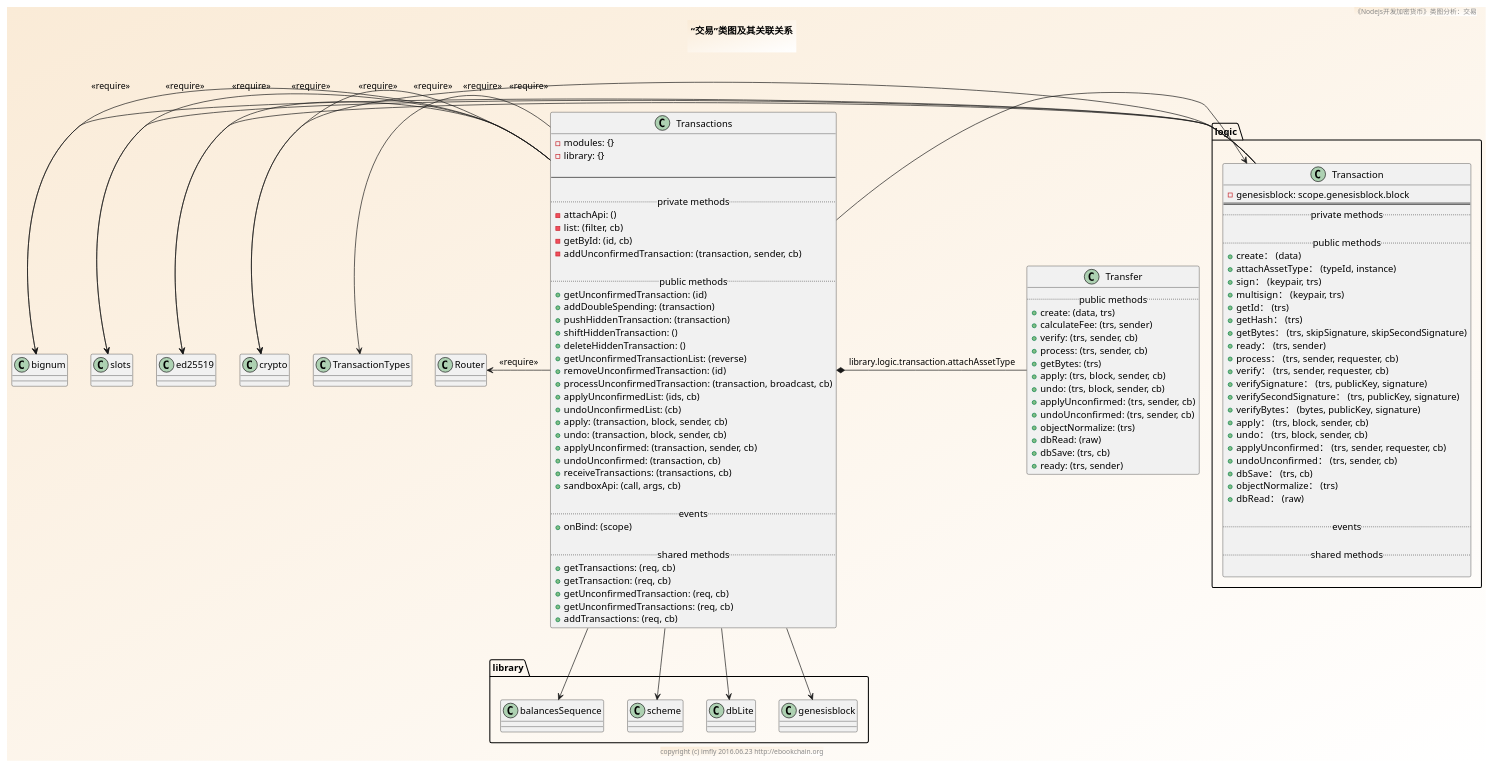
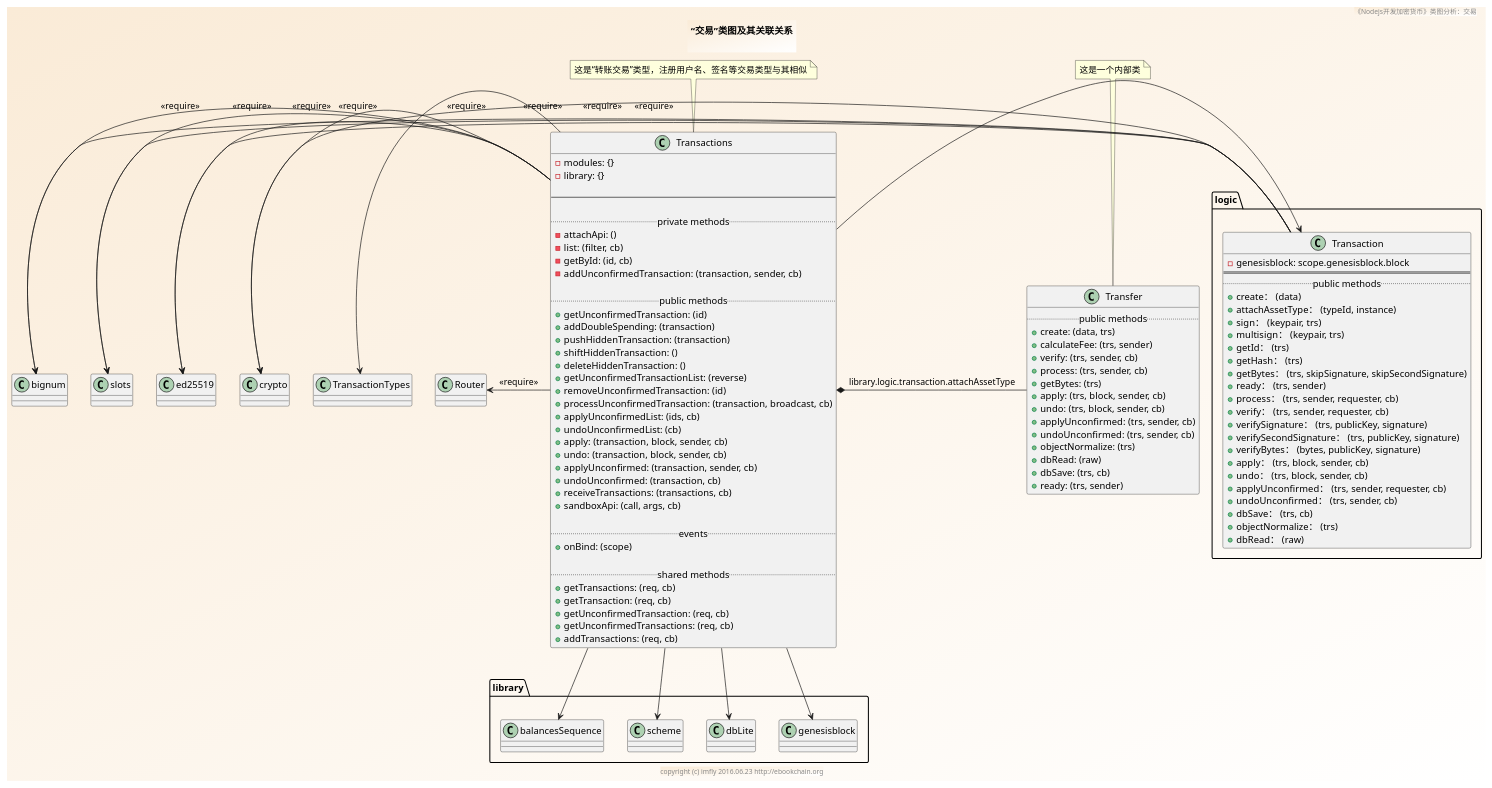
One commit to brightmanforever022/bitcoin-on-nodejs changed the diagram in sources/modules/transactions/transactions-class.pu. Above: the diagram before and after it, drawn with PlantUML. The commit also changed 2 other files, not shown here.

```diff
--- a/sources/modules/transactions/transactions-class.pu
+++ b/sources/modules/transactions/transactions-class.pu
@@ -1,132 +1,125 @@
 @startuml ../../../styles/images/modules/transactions/transactions-class.png
 skinparam BorderColor #blue\9932CC
 skinparam backgroundcolor AntiqueWhite/white
 
 title
 <b>“交易”类图及其关联关系</b>
 
 end title
 footer copyright (c) imfly 2016.06.23 http://ebookchain.org
 header 《Nodejs开发加密货币》类图分析：交易
 
 ' logic/transaction.js
 package logic {
   Class Transaction {
     - genesisblock: scope.genesisblock.block
     ====
-    .. private methods ..
-
     .. public methods ..
     + create： (data)
     + attachAssetType： (typeId, instance)
     + sign： (keypair, trs)
     + multisign： (keypair, trs)
     + getId： (trs)
     + getHash： (trs)
     + getBytes： (trs, skipSignature, skipSecondSignature)
     + ready： (trs, sender)
     + process： (trs, sender, requester, cb)
     + verify： (trs, sender, requester, cb)
     + verifySignature： (trs, publicKey, signature)
     + verifySecondSignature： (trs, publicKey, signature)
     + verifyBytes： (bytes, publicKey, signature)
     + apply： (trs, block, sender, cb)
     + undo： (trs, block, sender, cb)
     + applyUnconfirmed： (trs, sender, requester, cb)
     + undoUnconfirmed： (trs, sender, cb)
     + dbSave： (trs, cb)
     + objectNormalize： (trs)
     + dbRead： (raw)
-
-    .. events ..
-
-    .. shared methods..
-
   }
-
-  ' relationship
-
 }
 
 ' modules/transactions.js
 Class Transactions {
   - modules: {}
   - library: {}
 
   --
 
   .. private methods ..
   -attachApi: ()
   - list: (filter, cb)
   - getById: (id, cb)
   - addUnconfirmedTransaction: (transaction, sender, cb)
 
   .. public methods ..
   + getUnconfirmedTransaction: (id)
   + addDoubleSpending: (transaction)
   + pushHiddenTransaction: (transaction)
   + shiftHiddenTransaction: ()
   + deleteHiddenTransaction: ()
   + getUnconfirmedTransactionList: (reverse)
   + removeUnconfirmedTransaction: (id)
   + processUnconfirmedTransaction: (transaction, broadcast, cb)
   + applyUnconfirmedList: (ids, cb)
   + undoUnconfirmedList: (cb)
   + apply: (transaction, block, sender, cb)
   + undo: (transaction, block, sender, cb)
   + applyUnconfirmed: (transaction, sender, cb)
   + undoUnconfirmed: (transaction, cb)
   + receiveTransactions: (transactions, cb)
   + sandboxApi: (call, args, cb)
 
   .. events ..
   + onBind: (scope)
 
   .. shared methods..
   + getTransactions: (req, cb)
   + getTransaction: (req, cb)
   + getUnconfirmedTransaction: (req, cb)
   + getUnconfirmedTransactions: (req, cb)
   + addTransactions: (req, cb)
 }
+note top: 这是“转账交易”类型，注册用户名、签名等交易类型与其相似
 
 ' inner Class
 Class Transfer {
   ..public methods..
   + create: (data, trs)
   + calculateFee: (trs, sender)
   + verify: (trs, sender, cb)
   + process: (trs, sender, cb)
   + getBytes: (trs)
   + apply: (trs, block, sender, cb)
   + undo: (trs, block, sender, cb)
   + applyUnconfirmed: (trs, sender, cb)
   + undoUnconfirmed: (trs, sender, cb)
   + objectNormalize: (trs)
   + dbRead: (raw)
   + dbSave: (trs, cb)
   + ready: (trs, sender)
 }
+
+note top: 这是一个内部类
 
 ' relationship
 Transactions -left-> crypto: <<require>>
 Transactions -left-> ed25519: <<require>>
 Transactions -left-> Router: <<require>>
 Transactions -left-> slots: <<require>>
 Transactions -left-> bignum: <<require>>
 Transactions -left-> TransactionTypes
 
 Transaction -left-> crypto: <<require>>
 Transaction -left-> ed25519: <<require>>
 Transaction -left-> slots: <<require>>
 Transaction -left-> bignum: <<require>>
 
 Transactions -down-> library.balancesSequence
 Transactions -down-> library.scheme
 Transactions -down-> library.dbLite
 Transactions -down-> library.genesisblock
 
 Transactions *-right- Transfer:library.logic.transaction.attachAssetType
 
 Transactions -left-> Transaction
 @enduml
```
